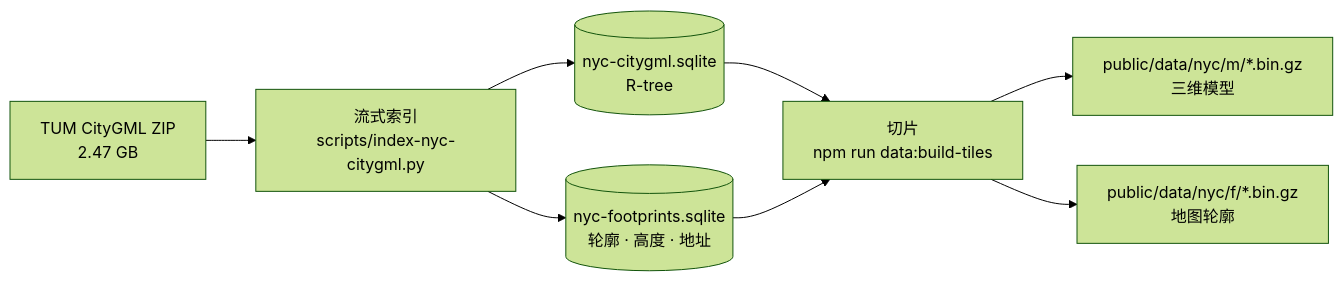
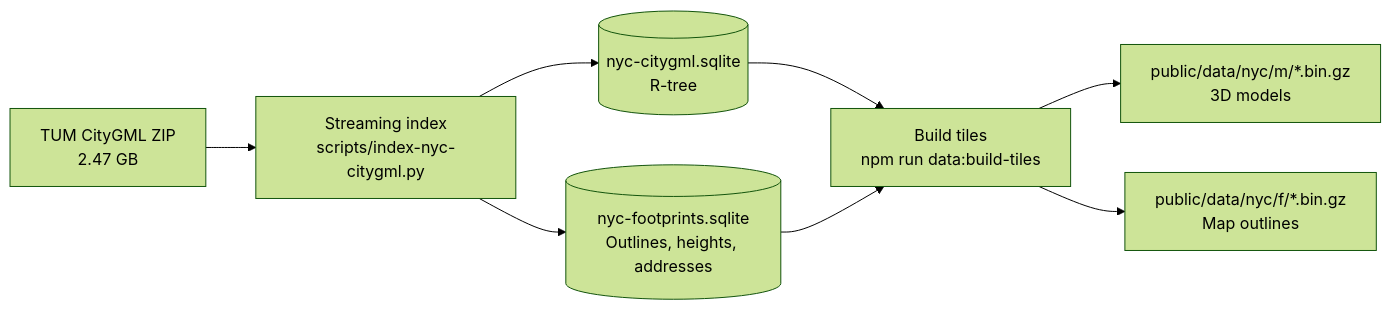
Before and after one commit to BokaiHe/nyc-solar-studio: the second of 3 diagrams in README.md, drawn with Mermaid (forest theme). The commit also changed other lines of this file, not shown here.

````diff
--- a/README.md
+++ b/README.md
@@ -71,10 +68,10 @@
 ```mermaid
 flowchart LR
-  Z["TUM CityGML ZIP<br/>2.47 GB"] --> I["流式索引<br/>scripts/index-nyc-citygml.py"]
+  Z["TUM CityGML ZIP<br/>2.47 GB"] --> I["Streaming index<br/>scripts/index-nyc-citygml.py"]
   I --> DB[("nyc-citygml.sqlite<br/>R-tree")]
-  I --> FP[("nyc-footprints.sqlite<br/>轮廓 · 高度 · 地址")]
-  DB --> T["切片<br/>npm run data:build-tiles"]
+  I --> FP[("nyc-footprints.sqlite<br/>Outlines, heights, addresses")]
+  DB --> T["Build tiles<br/>npm run data:build-tiles"]
   FP --> T
-  T --> M["public/data/nyc/m/*.bin.gz<br/>三维模型"]
-  T --> O["public/data/nyc/f/*.bin.gz<br/>地图轮廓"]
+  T --> M["public/data/nyc/m/*.bin.gz<br/>3D models"]
+  T --> O["public/data/nyc/f/*.bin.gz<br/>Map outlines"]
 ```
````
